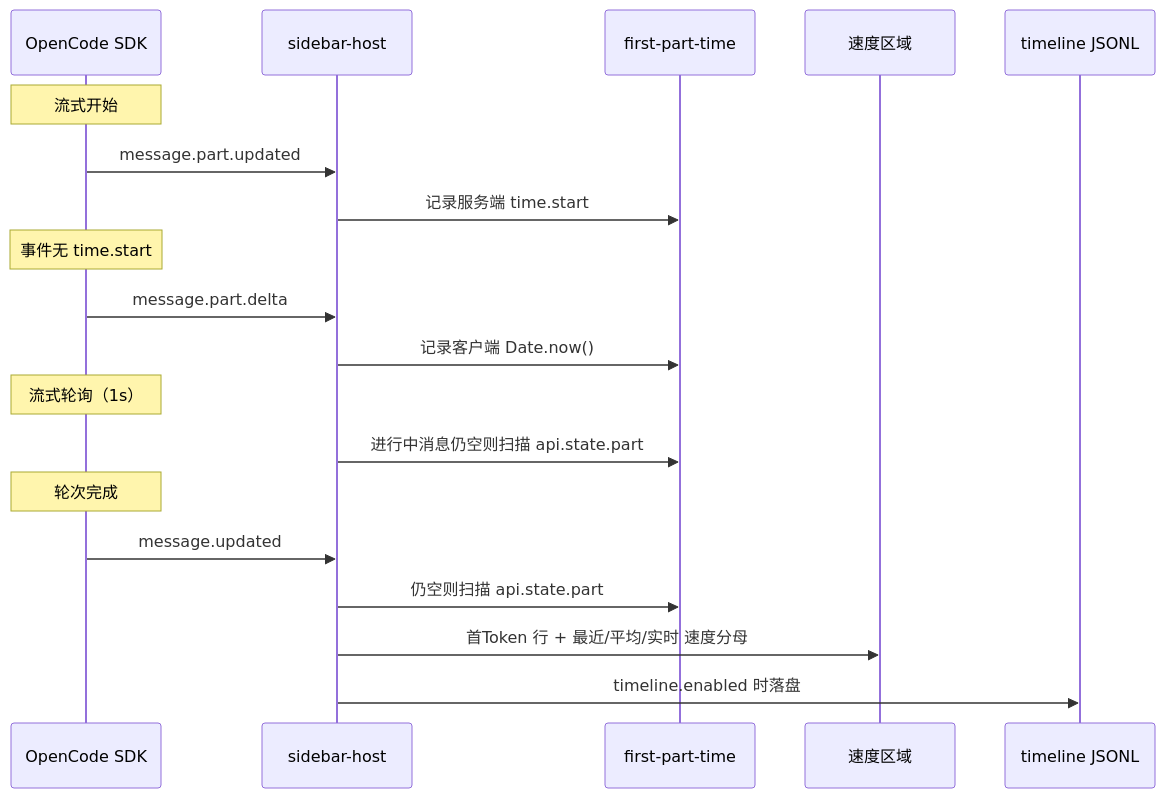
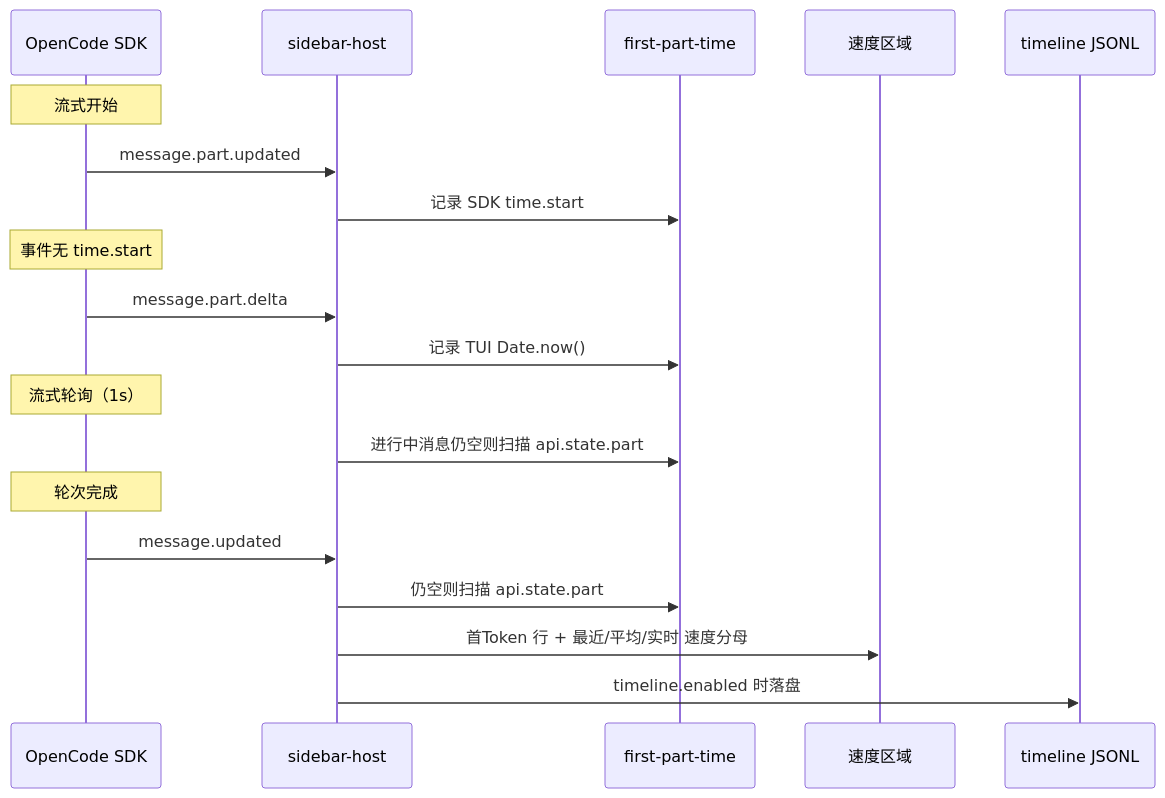
The diagram in docs/zh-CN/ttft-hybrid.md (joaomj/opencode-cache-hit-plugin), drawn with Mermaid before and after one commit. The commit also changed other lines of this file and 27 other files, not shown here.

````diff
--- a/docs/zh-CN/ttft-hybrid.md
+++ b/docs/zh-CN/ttft-hybrid.md
@@ -60,25 +62,25 @@
 ```mermaid
 sequenceDiagram
     participant SDK as OpenCode SDK
     participant Host as sidebar-host
     participant Tracker as first-part-time
     participant UI as 速度区域
     participant Timeline as timeline JSONL
 
     Note over SDK: 流式开始
     SDK->>Host: message.part.updated
-    Host->>Tracker: 记录服务端 time.start
+    Host->>Tracker: 记录 SDK time.start
 
     Note over SDK: 事件无 time.start
     SDK->>Host: message.part.delta
-    Host->>Tracker: 记录客户端 Date.now()
+    Host->>Tracker: 记录 TUI Date.now()
 
     Note over SDK: 流式轮询（1s）
     Host->>Tracker: 进行中消息仍空则扫描 api.state.part
 
     Note over SDK: 轮次完成
     SDK->>Host: message.updated
     Host->>Tracker: 仍空则扫描 api.state.part
     Host->>UI: 首Token 行 + 最近/平均/实时 速度分母
     Host->>Timeline: timeline.enabled 时落盘
 ```
````
